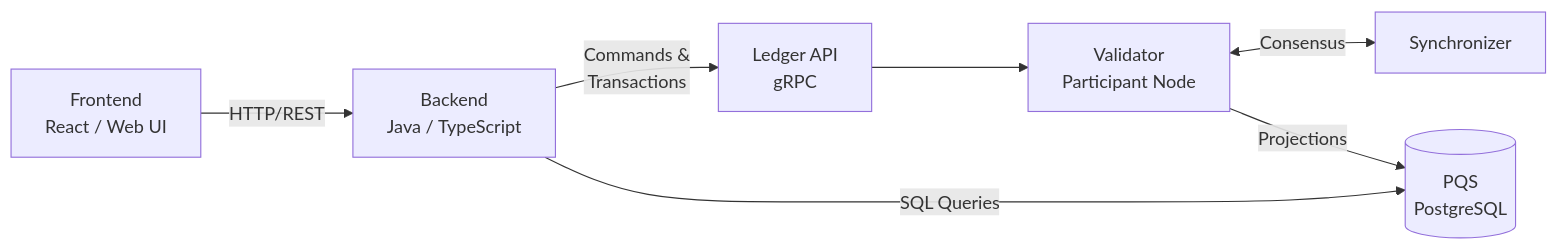
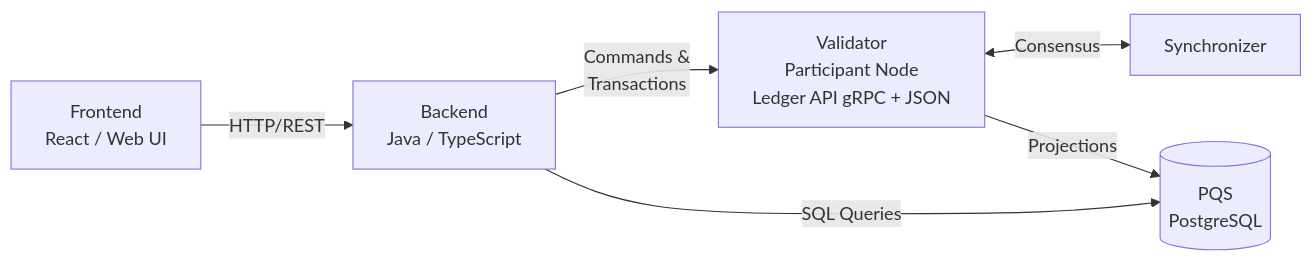
One commit to canton-network/cf-docs changed the diagram in docs-main/appdev/modules/m4-app-architecture.mdx. Above: the diagram before and after it, drawn with Mermaid. The commit also changed other lines of this file and 3 other files, not shown here.

````diff
--- a/docs-main/appdev/modules/m4-app-architecture.mdx
+++ b/docs-main/appdev/modules/m4-app-architecture.mdx
@@ -42,16 +42,14 @@
 ```mermaid
 flowchart LR
     FE[Frontend<br/>React / Web UI]
     BE[Backend<br/>Java / TypeScript]
-    LAPI[Ledger API<br/>gRPC]
-    PN[Validator<br/>Participant Node]
+    PN[Validator<br/>Participant Node<br/>Ledger API gRPC + JSON]
     PQS[(PQS<br/>PostgreSQL)]
     SYNC[Synchronizer]
 
     FE -- "HTTP/REST" --> BE
-    BE -- "Commands &<br/>Transactions" --> LAPI
-    LAPI --> PN
+    BE -- "Commands &<br/>Transactions" --> PN
     PN <-- "Consensus" --> SYNC
     PN -- "Projections" --> PQS
     BE -- "SQL Queries" --> PQS
 ```
````
